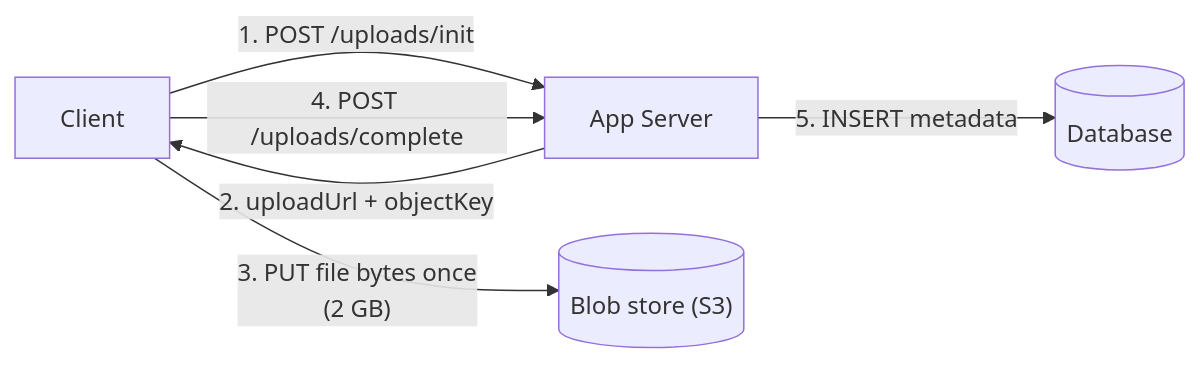
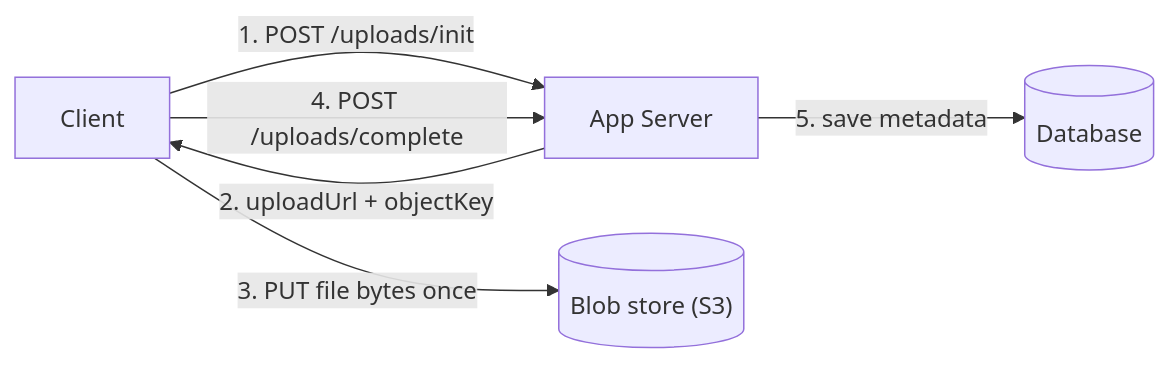
One commit to aaryan-pradhan/core-cs-fundamentals changed the diagram in hld/08-rest-and-blob-storage.md. Above: the diagram before and after it, drawn with Mermaid. The commit also changed other lines of this file, not shown here.

````diff
--- a/hld/08-rest-and-blob-storage.md
+++ b/hld/08-rest-and-blob-storage.md
@@ -96,8 +27,8 @@
 ```mermaid
 flowchart LR
     C["Client"] -->|"1. POST /uploads/init"| A["App Server"]
     A -->|"2. uploadUrl + objectKey"| C
-    C -->|"3. PUT file bytes once<br/>(2 GB)"| S3[("Blob store (S3)")]
+    C -->|"3. PUT file bytes once"| S3[("Blob store (S3)")]
     C -->|"4. POST /uploads/complete"| A
-    A -->|"5. INSERT metadata"| D[("Database")]
+    A -->|"5. save metadata"| D[("Database")]
 ```
````
